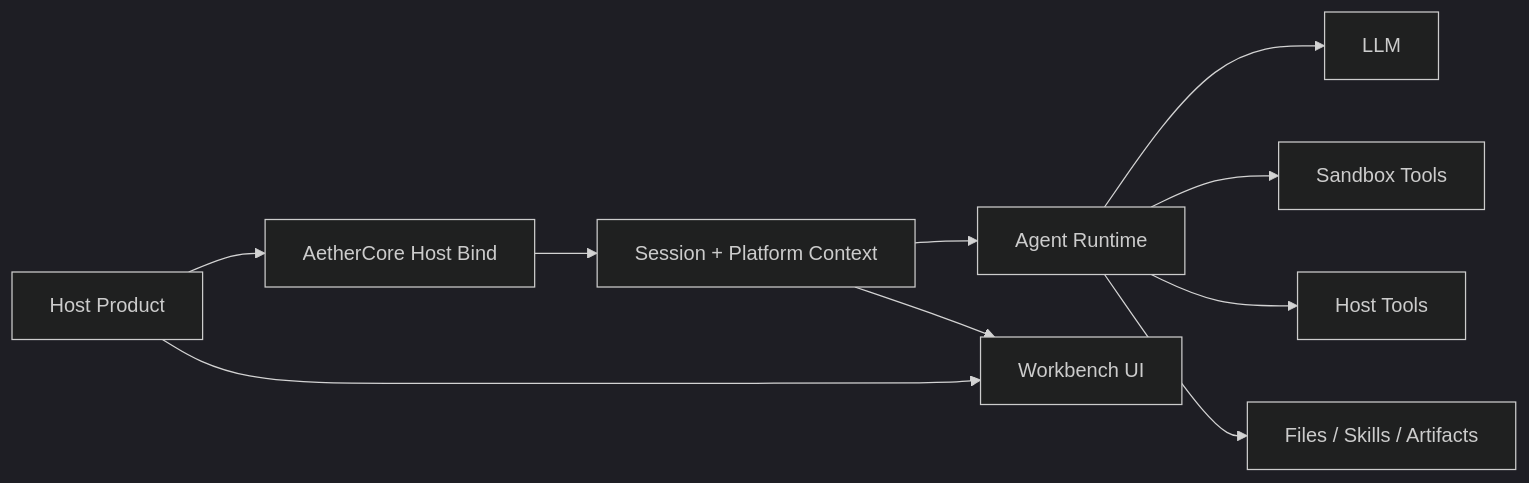
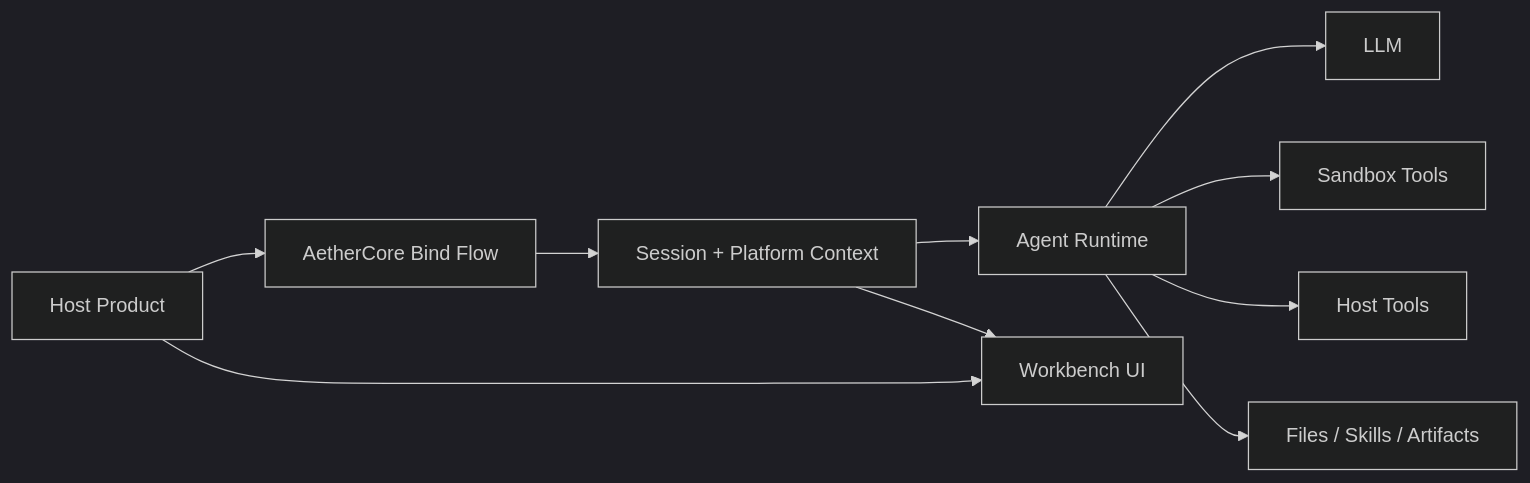
The diagram in README.md (Cryremis/aether-core), drawn with Mermaid (dark theme) before and after one commit. The commit also changed other lines of this file and 14 other files, not shown here.

````diff
--- a/README.md
+++ b/README.md
@@ -51,12 +69,12 @@
 ```mermaid
 flowchart LR
-    A["Host Product"] --> B["AetherCore Host Bind"]
+    A["Host Product"] --> B["AetherCore Bind Flow"]
     B --> C["Session + Platform Context"]
     C --> D["Agent Runtime"]
     D --> E["LLM"]
     D --> F["Sandbox Tools"]
     D --> G["Host Tools"]
     D --> H["Files / Skills / Artifacts"]
     C --> I["Workbench UI"]
     A --> I
 ```
````
